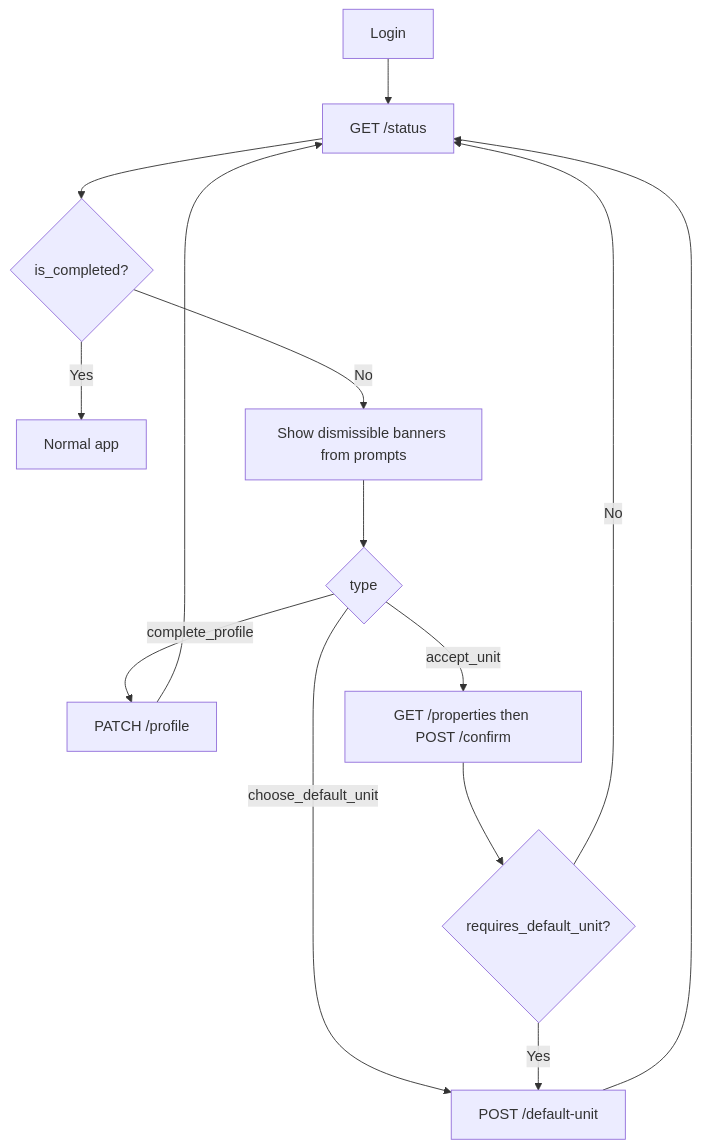
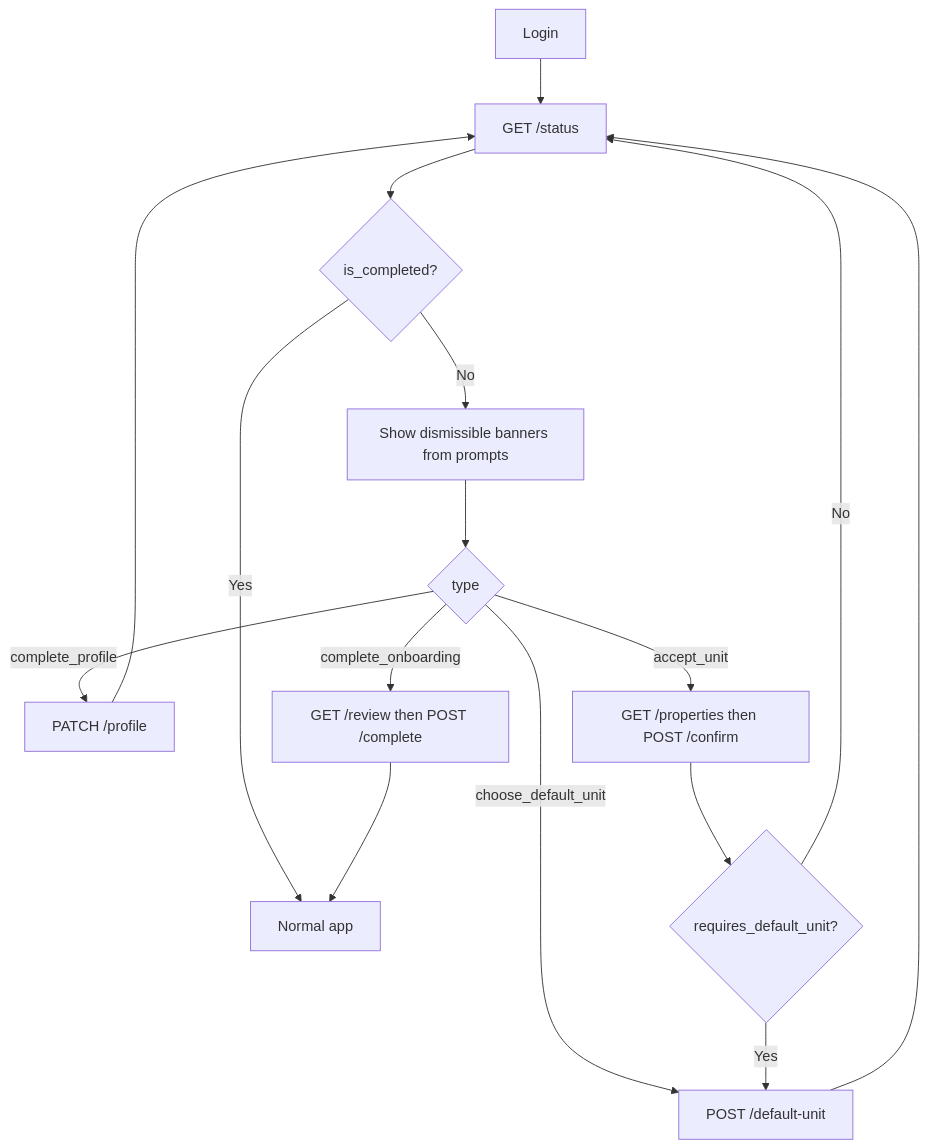
One commit to isometrik-ai/ats-home-craft-python-service changed the diagram in docs/contact-onboarding-app-integration.md. Above: the diagram before and after it, drawn with Mermaid. The commit also changed other lines of this file and 4 other files, not shown here.

First line of the commit message:
Enhance ContactOnboardingService with review completion logic and onboarding status resolution

````diff
--- a/docs/contact-onboarding-app-integration.md
+++ b/docs/contact-onboarding-app-integration.md
@@ -382,16 +476,18 @@
 ```mermaid
 flowchart TD
     A[Login] --> B[GET /status]
     B --> C{is_completed?}
     C -->|Yes| D[Normal app]
     C -->|No| E[Show dismissible banners from prompts]
     E --> F{type}
     F -->|complete_profile| G[PATCH /profile]
     F -->|accept_unit| H[GET /properties then POST /confirm]
     F -->|choose_default_unit| I[POST /default-unit]
+    F -->|complete_onboarding| K[GET /review then POST /complete]
     G --> B
     H --> J{requires_default_unit?}
     J -->|Yes| I
     J -->|No| B
     I --> B
+    K --> D
 ```
````
